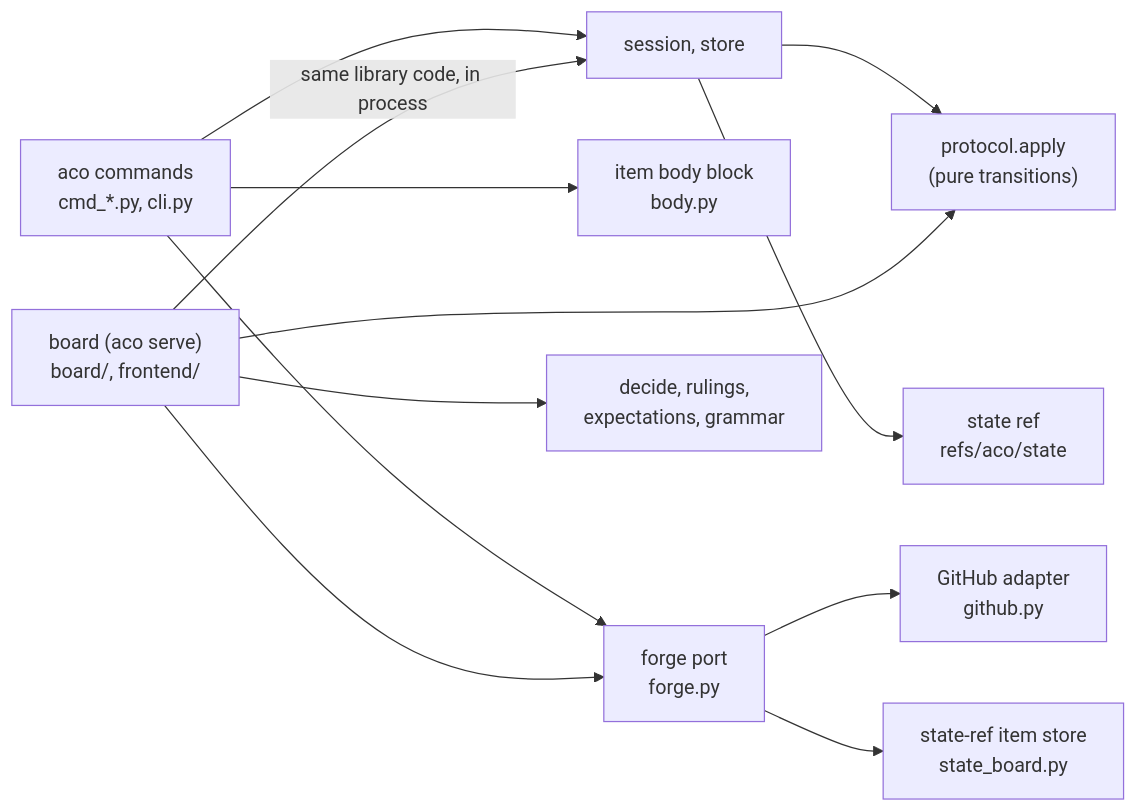
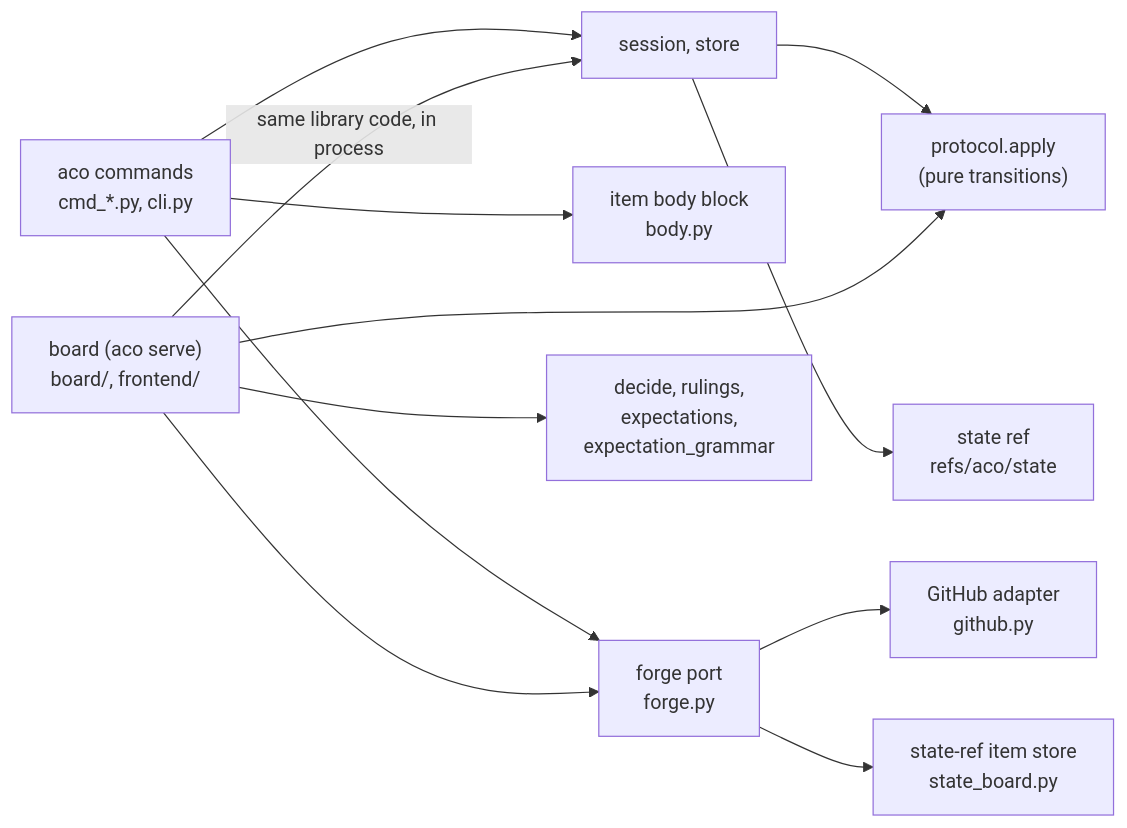
The second of 3 diagrams in docs/ARCHITECTURE.md (overnightworks/aco), drawn with Mermaid before and after one commit. The commit also changed other lines of this file and 1 other file, not shown here.

First line of the commit message:
Trim the README scope section and fix two architecture overview details

````diff
--- a/docs/ARCHITECTURE.md
+++ b/docs/ARCHITECTURE.md
@@ -29,15 +29,15 @@
 ```mermaid
 flowchart LR
     CLI["aco commands<br/>cmd_*.py, cli.py"] --> Session["session, store"]
     Session --> Protocol["protocol.apply<br/>(pure transitions)"]
     Session --> Store["state ref<br/>refs/aco/state"]
     CLI --> Body["item body block<br/>body.py"]
     CLI --> Port["forge port<br/>forge.py"]
     Port --> GitHub["GitHub adapter<br/>github.py"]
     Port --> StateBoard["state-ref item store<br/>state_board.py"]
     Board["board (aco serve)<br/>board/, frontend/"]
     Board -->|"same library code, in process"| Session
     Board --> Protocol
     Board --> Port
-    Board --> Decisions["decide, rulings,<br/>expectations, grammar"]
+    Board --> Decisions["decide, rulings,<br/>expectations,<br/>expectation_grammar"]
 ```
````
